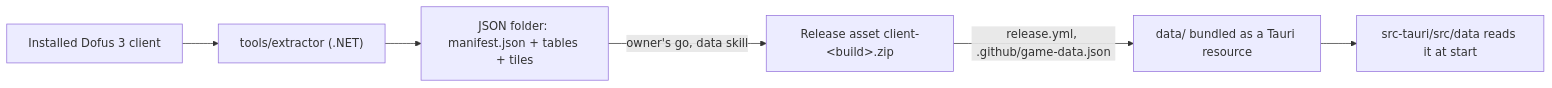
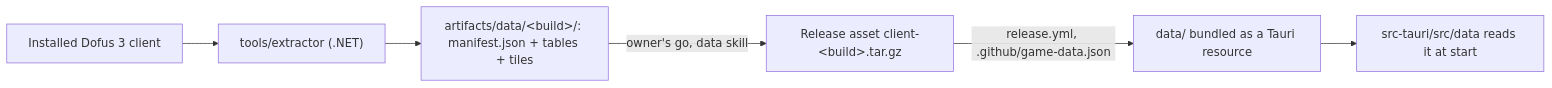
One commit to AerafalDev/D3B changed the diagram in docs/data.md. Above: the diagram before and after it, drawn with Mermaid. The commit also changed other lines of this file and 5 other files, not shown here.

First line of the commit message:
docs(data): design step 1, the extractor and the data folder's first cut

````diff
--- a/docs/data.md
+++ b/docs/data.md
@@ -7,8 +8,8 @@
 ```mermaid
 flowchart LR
     client["Installed Dofus 3 client"] --> extractor["tools/extractor (.NET)"]
-    extractor --> folder["JSON folder: manifest.json + tables + tiles"]
-    folder -->|"owner's go, data skill"| asset["Release asset client-&lt;build&gt;.zip"]
+    extractor --> folder["artifacts/data/&lt;build&gt;/: manifest.json + tables + tiles"]
+    folder -->|"owner's go, data skill"| asset["Release asset client-&lt;build&gt;.tar.gz"]
     asset -->|"release.yml, .github/game-data.json"| bundle["data/ bundled as a Tauri resource"]
     bundle --> app["src-tauri/src/data reads it at start"]
 ```
````
